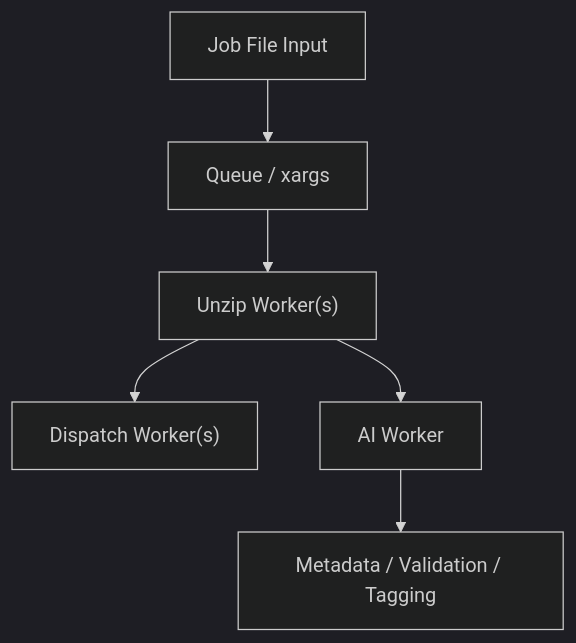
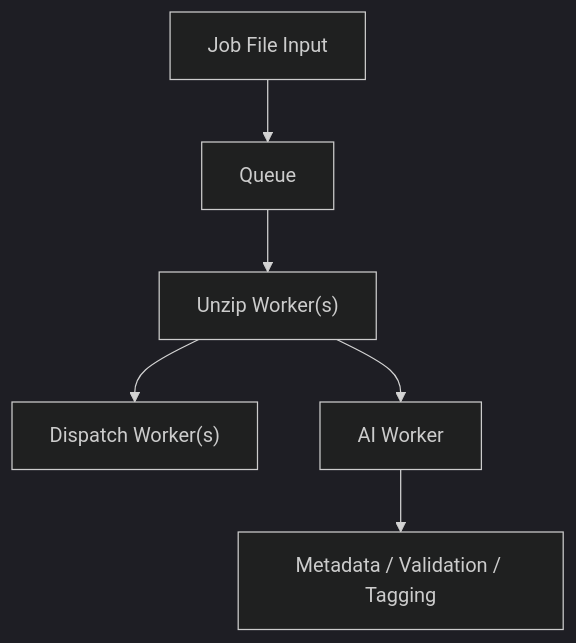
Before and after one commit to patrickfcarey/loadout-pipeline: the third of 5 diagrams in ai_agent_entry_point.md, drawn with Mermaid (dark theme). The commit also changed other lines of this file and 19 other files, not shown here.

````diff
--- a/ai_agent_entry_point.md
+++ b/ai_agent_entry_point.md
@@ -100,8 +89,8 @@
-```mermaid id="3svrx1"
+```mermaid
 flowchart TD
-A["Job File Input"] --> B["Queue / xargs"]
+A["Job File Input"] --> B["Queue"]
 B --> C["Unzip Worker(s)"]
 C --> D["Dispatch Worker(s)"]
 C --> F["AI Worker"]
 F --> G["Metadata / Validation / Tagging"]
 ```
````
